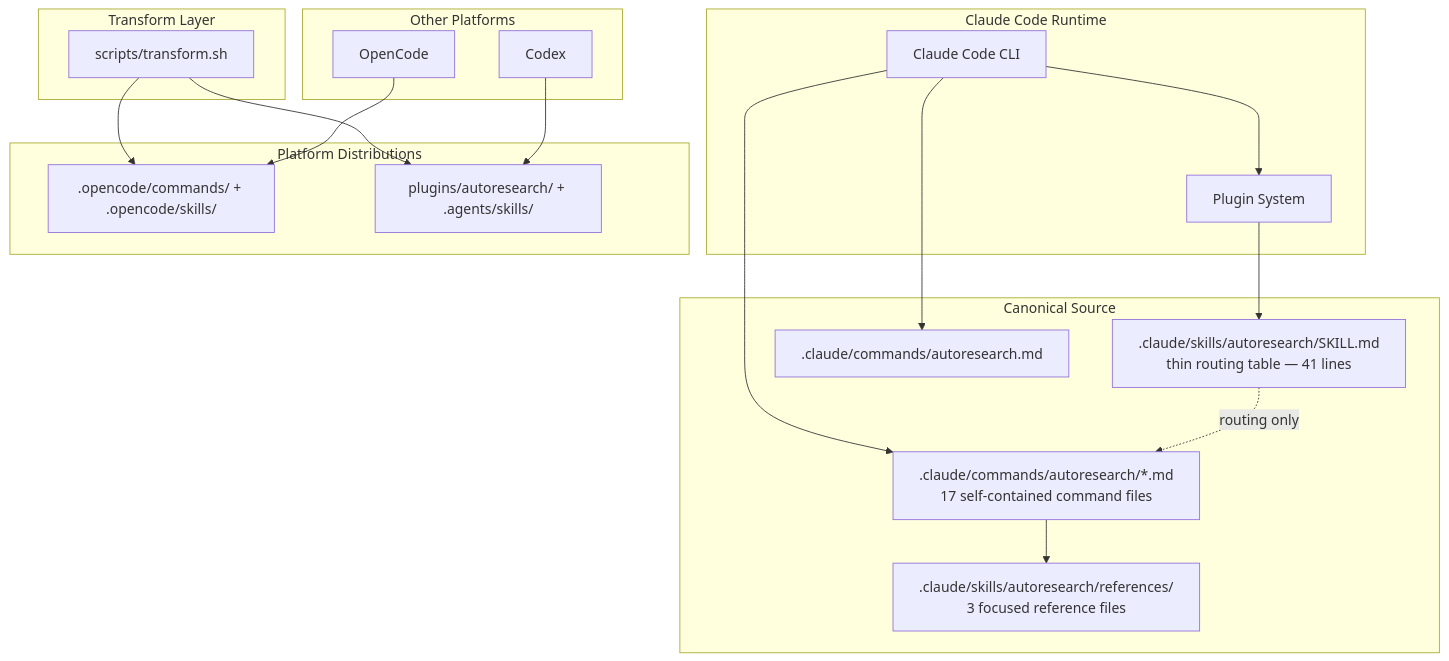
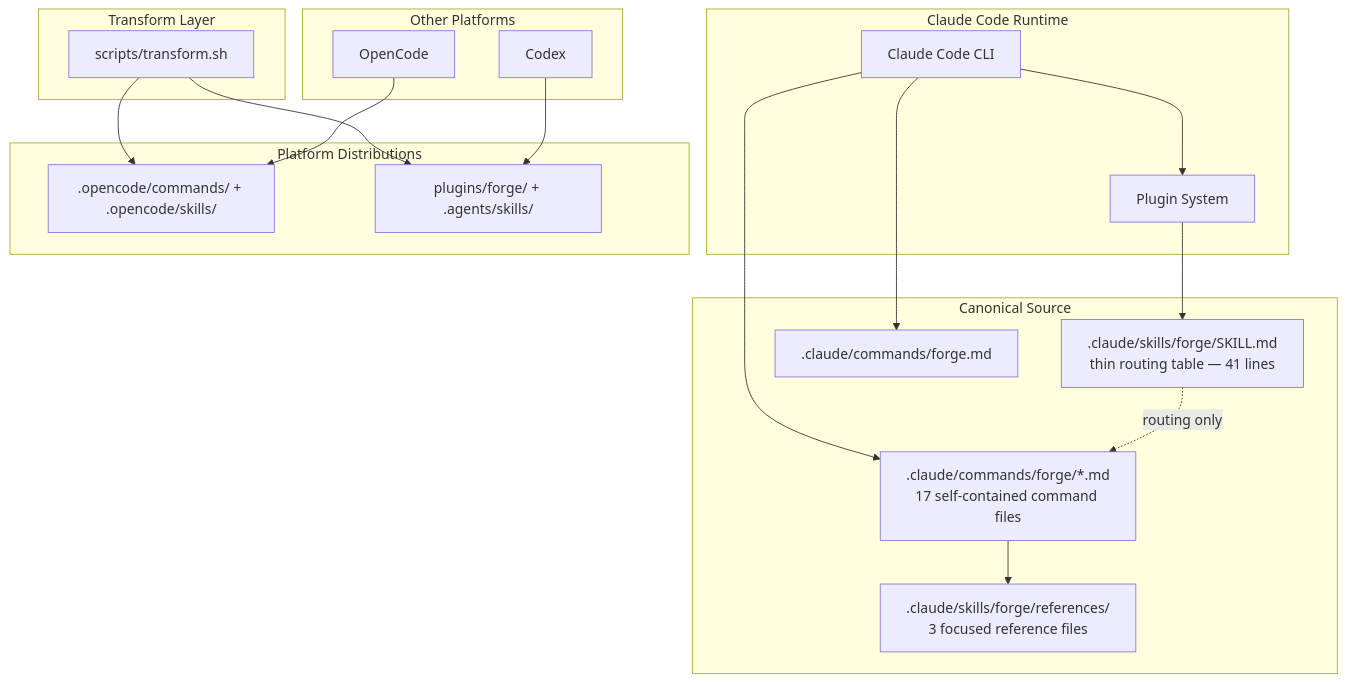
Before and after one commit to Jss-on/autoforge: the first of 3 diagrams in docs/system-architecture.md, drawn with Mermaid. The commit also changed other lines of this file and 531 other files, not shown here.

````diff
--- a/docs/system-architecture.md
+++ b/docs/system-architecture.md
@@ -15,37 +15,37 @@
 ```mermaid
 graph TB
     subgraph "Claude Code Runtime"
         CC[Claude Code CLI]
         PS[Plugin System]
     end
 
     subgraph "Other Platforms"
         OC[OpenCode]
         CX[Codex]
     end
 
     subgraph "Transform Layer"
         TX[scripts/transform.sh]
     end
 
     subgraph "Canonical Source"
-        SKILL[.claude/skills/autoresearch/SKILL.md\nthin routing table — 41 lines]
-        CMD[.claude/commands/autoresearch.md]
-        CMDS[.claude/commands/autoresearch/*.md\n17 self-contained command files]
-        REF[.claude/skills/autoresearch/references/\n3 focused reference files]
+        SKILL[.claude/skills/forge/SKILL.md\nthin routing table — 41 lines]
+        CMD[.claude/commands/forge.md]
+        CMDS[.claude/commands/forge/*.md\n17 self-contained command files]
+        REF[.claude/skills/forge/references/\n3 focused reference files]
     end
 
     subgraph "Platform Distributions"
         OCD[.opencode/commands/ + .opencode/skills/]
-        CXD[plugins/autoresearch/ + .agents/skills/]
+        CXD[plugins/forge/ + .agents/skills/]
     end
 
     CC --> PS --> SKILL
     CC --> CMD & CMDS
     SKILL -.routing only.-> CMDS
     CMDS --> REF
     TX --> OCD
     TX --> CXD
     OC --> OCD
     CX --> CXD
 ```
````
